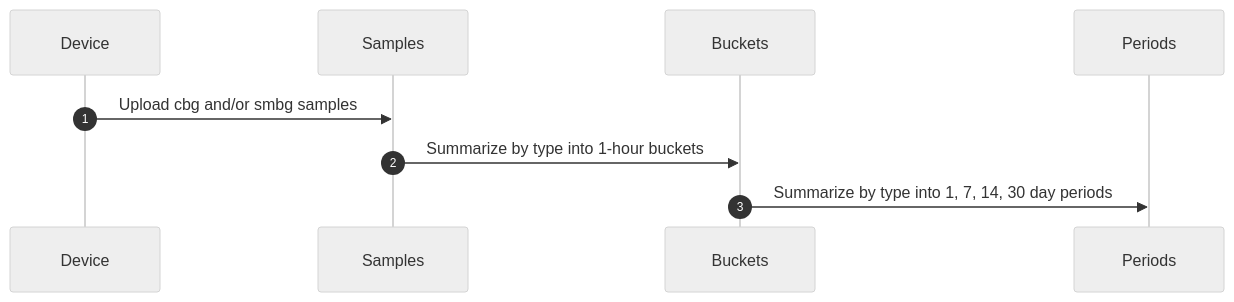
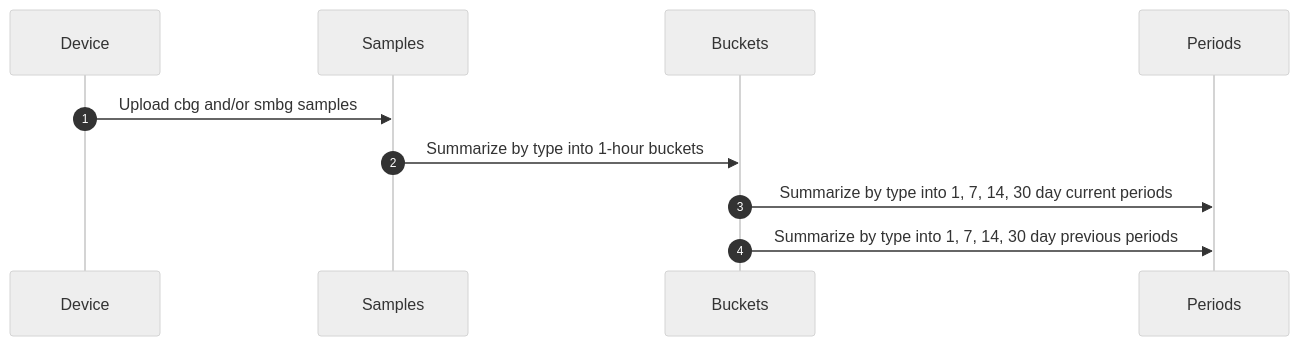
One commit to tidepool-org/TidepoolApi changed the second of 3 diagrams in docs/summary-data.md. Above: the diagram before and after it, drawn with Mermaid (neutral theme). The commit also changed other lines of this file, not shown here.

Commit message:
Updated to show process for calculating 60 day periods

````diff
--- a/docs/summary-data.md
+++ b/docs/summary-data.md
@@ -53,12 +54,13 @@
 ```mermaid
 sequenceDiagram
    autonumber
    participant Device as Device
    participant Samples as Samples
    participant Buckets as Buckets
    participant Periods as Periods
 
    Device->>Samples: Upload cbg and/or smbg samples
    Samples->>Buckets: Summarize by type into 1-hour buckets
-   Buckets->>Periods: Summarize by type into 1, 7, 14, 30 day periods
+   Buckets->>Periods: Summarize by type into 1, 7, 14, 30 day current periods
+   Buckets->>Periods: Summarize by type into 1, 7, 14, 30 day previous periods
 ```
````
